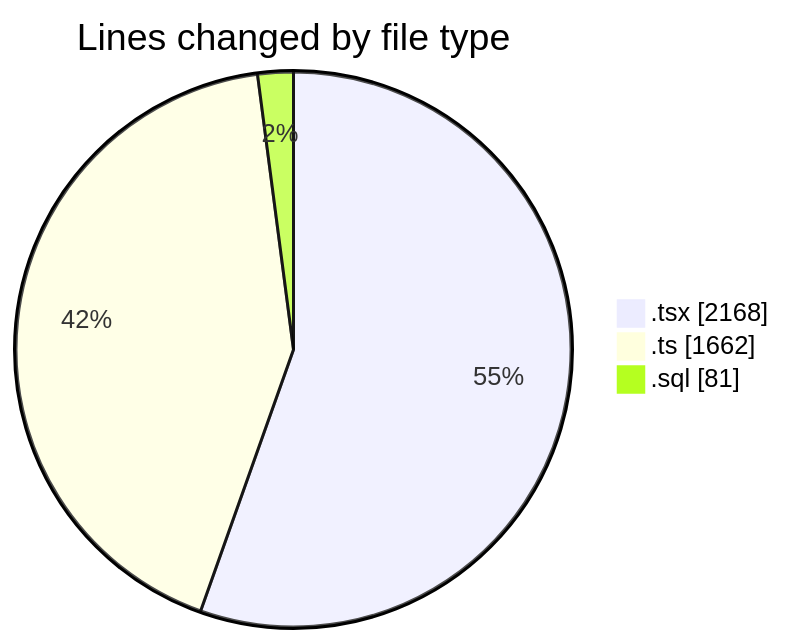
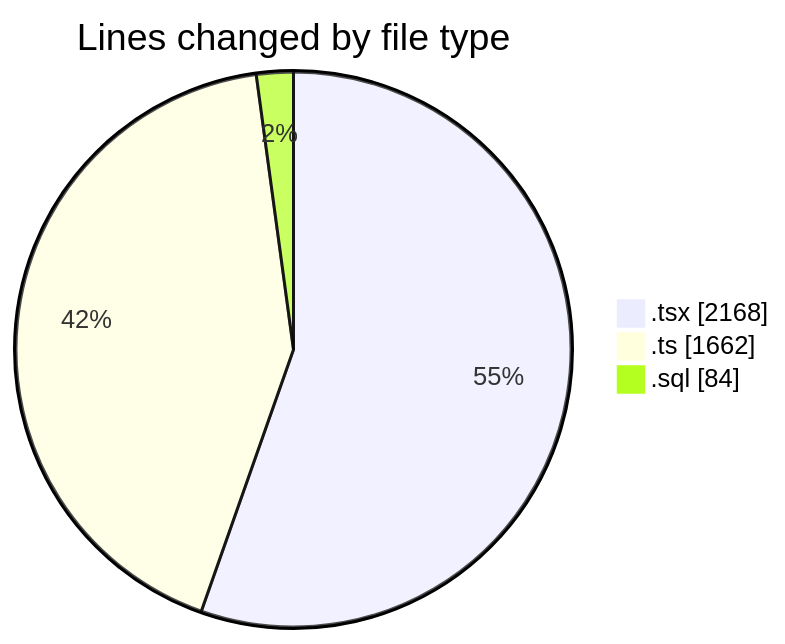
Before and after one commit to lephambinh05/code-tracking: the first of 2 diagrams in 2025-09-05/hiai-phf/README.md, drawn with Mermaid. The commit also changed other lines of this file and 1 other file, not shown here.

````diff
--- a/2025-09-05/hiai-phf/README.md
+++ b/2025-09-05/hiai-phf/README.md
@@ -56,7 +56,7 @@
 ```mermaid
 pie showData
 title Lines changed by file type
 ".tsx" : 2168
 ".ts" : 1662
-".sql" : 81
+".sql" : 84
 ```
````
